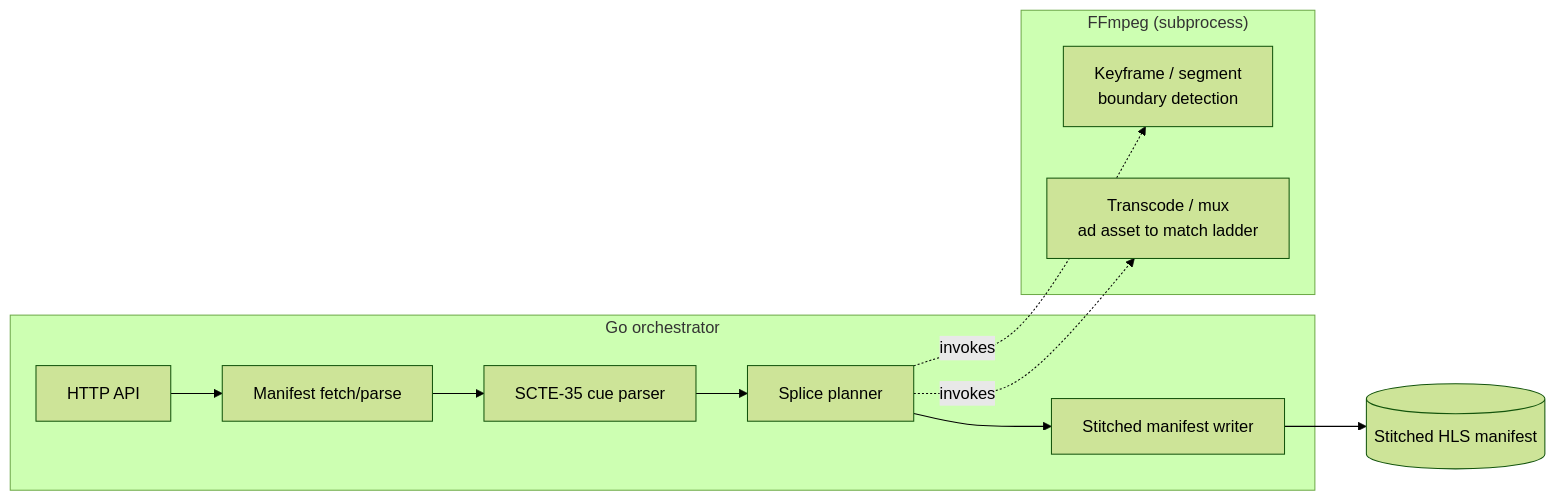
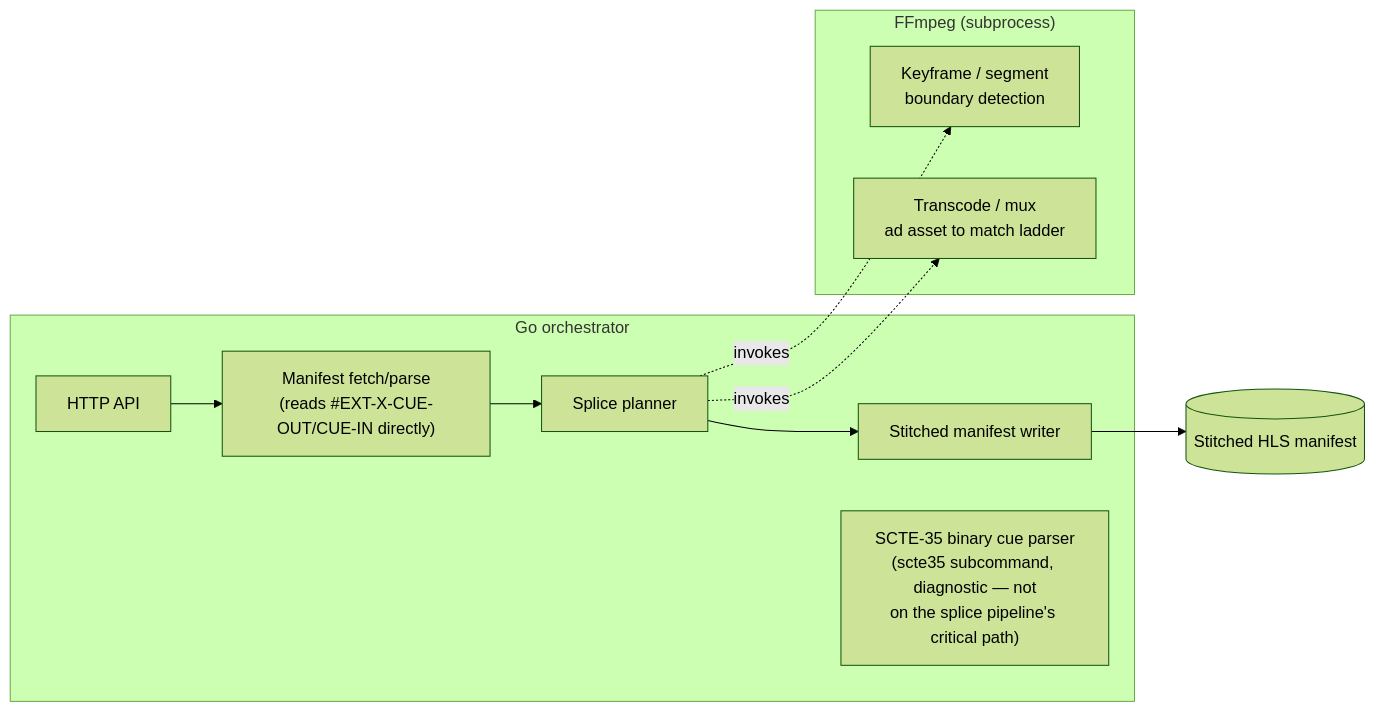
The first of 6 diagrams in README.md (izaacledererjunior/stitchpoint), drawn with Mermaid (forest theme) before and after one commit. The commit also changed other lines of this file and 7 other files, not shown here.

````diff
--- a/README.md
+++ b/README.md
@@ -55,16 +56,16 @@
 ```mermaid
 flowchart LR
     subgraph Go["Go orchestrator"]
-        A[HTTP API] --> B[Manifest fetch/parse]
-        B --> C[SCTE-35 cue parser]
-        C --> D[Splice planner]
+        A[HTTP API] --> B["Manifest fetch/parse<br/>(reads #EXT-X-CUE-OUT/CUE-IN directly)"]
+        B --> D[Splice planner]
         D --> E[Stitched manifest writer]
+        Z["SCTE-35 binary cue parser<br/>(scte35 subcommand, diagnostic — not<br/>on the splice pipeline's critical path)"]
     end
     subgraph FFmpeg["FFmpeg (subprocess)"]
         F[Keyframe / segment<br/>boundary detection]
         G[Transcode / mux<br/>ad asset to match ladder]
     end
     D -.invokes.-> F
     D -.invokes.-> G
     E --> H[(Stitched HLS manifest)]
 ```
````
